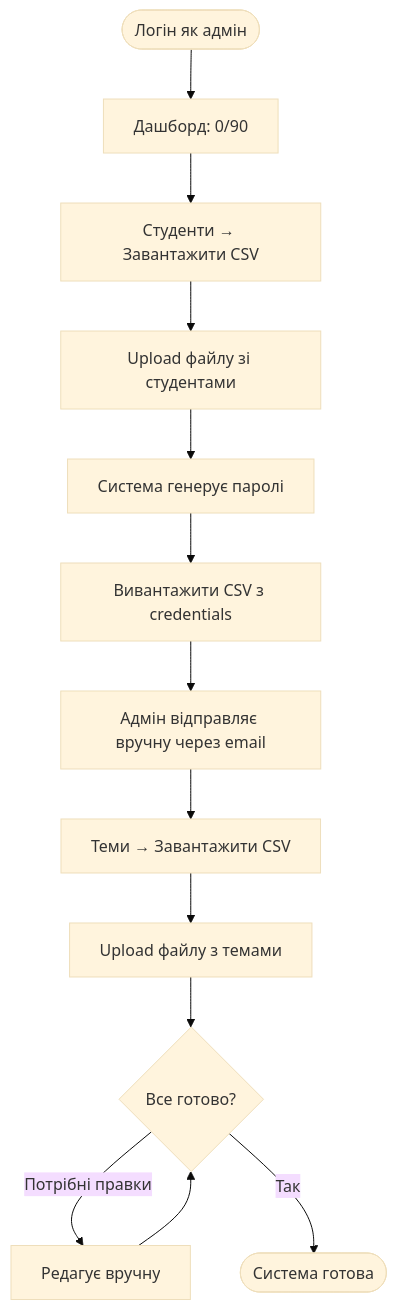
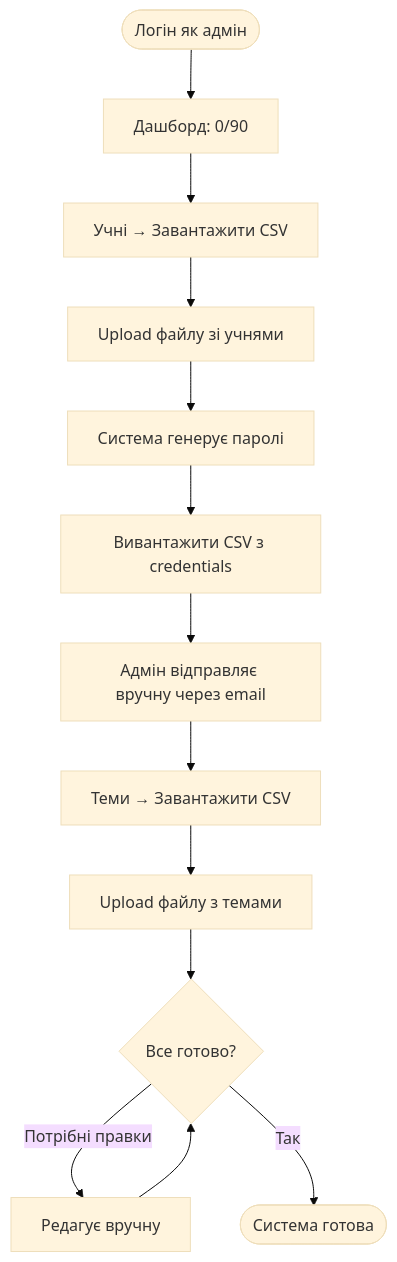
Before and after one commit to StanSys8/lit: the fourth of 5 diagrams in _bmad-output/planning-artifacts/ux-design-specification.md, drawn with Mermaid (base theme). The commit also changed other lines of this file and 21 other files, not shown here.

````diff
--- a/_bmad-output/planning-artifacts/ux-design-specification.md
+++ b/_bmad-output/planning-artifacts/ux-design-specification.md
@@ -400,15 +400,15 @@
 ```mermaid
 flowchart TD
     A([Логін як адмін]) --> B[Дашборд: 0/90]
-    B --> C[Студенти → Завантажити CSV]
-    C --> D[Upload файлу зі студентами]
+    B --> C[Учні → Завантажити CSV]
+    C --> D[Upload файлу зі учнями]
     D --> E[Система генерує паролі]
     E --> F[Вивантажити CSV з credentials]
     F --> G[Адмін відправляє вручну через email]
     G --> H[Теми → Завантажити CSV]
     H --> I[Upload файлу з темами]
     I --> J{Все готово?}
     J -->|Потрібні правки| K[Редагує вручну]
     K --> J
     J -->|Так| L([Система готова])
 ```
````
